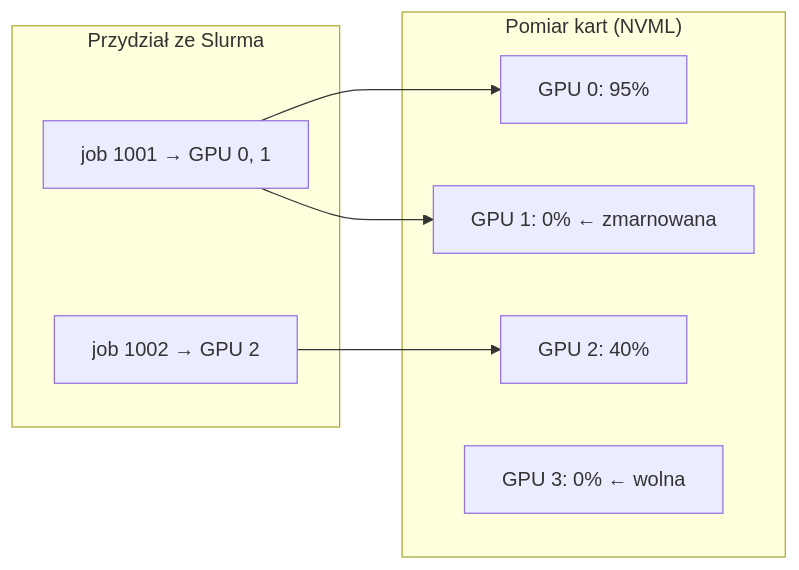
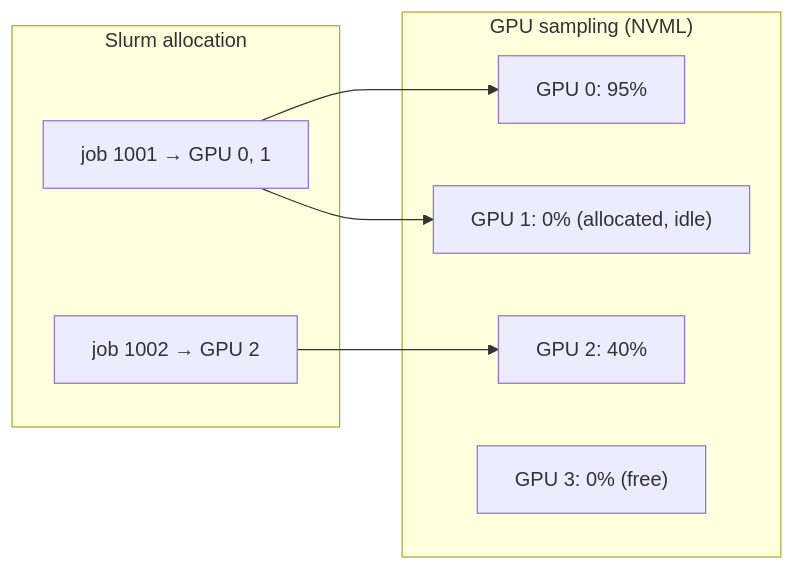
One commit to Eden-project-KNDS/Dynamic-Monitoring changed the fourth of 5 diagrams in Documentation/eden-job-exporter-spec.md. Above: the diagram before and after it, drawn with Mermaid. The commit also changed other lines of this file and 10 other files, not shown here.

````diff
--- a/Documentation/eden-job-exporter-spec.md
+++ b/Documentation/eden-job-exporter-spec.md
@@ -81,16 +77,16 @@
 ```mermaid
 flowchart LR
-    subgraph ALOK["Przydział ze Slurma"]
+    subgraph ALLOC["Slurm allocation"]
         A1["job 1001 → GPU 0, 1"]
         A2["job 1002 → GPU 2"]
     end
-    subgraph POM["Pomiar kart (NVML)"]
+    subgraph SAMPLE["GPU sampling (NVML)"]
         G0["GPU 0: 95%"]
-        G1["GPU 1: 0%  ← zmarnowana"]
+        G1["GPU 1: 0%  (allocated, idle)"]
         G2["GPU 2: 40%"]
-        G3["GPU 3: 0%  ← wolna"]
+        G3["GPU 3: 0%  (free)"]
     end
     A1 --> G0
     A1 --> G1
     A2 --> G2
 ```
````
